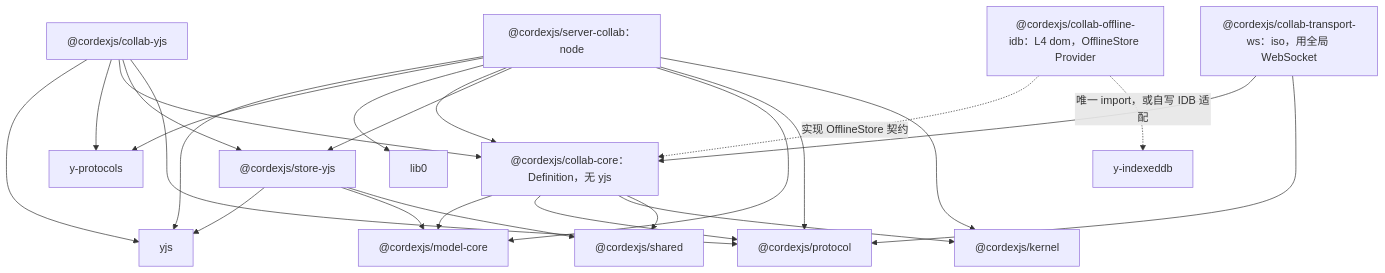
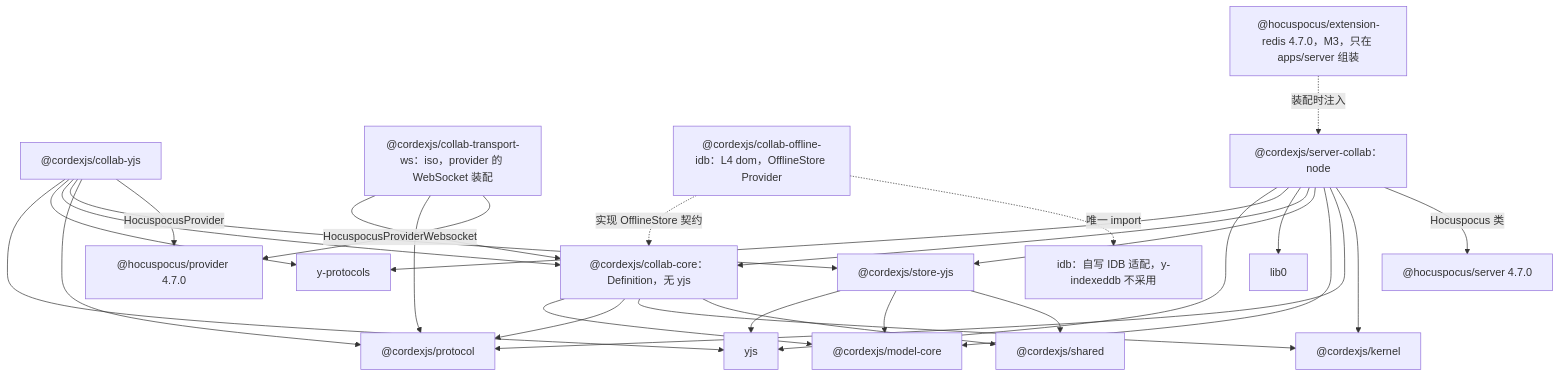
Before and after one commit to Xeonice/cordis-ppt-editor: the second of 15 diagrams in docs/30-architecture/06-collaboration.md, drawn with Mermaid. The commit also changed other lines of this file and 78 other files, not shown here.

````diff
--- a/docs/30-architecture/06-collaboration.md
+++ b/docs/30-architecture/06-collaboration.md
@@ -54,25 +54,32 @@
 ```mermaid
 flowchart TB
   storeYjs["@cordexjs/store-yjs"]
   collabCore["@cordexjs/collab-core：Definition，无 yjs"]
   collabYjs["@cordexjs/collab-yjs"]
-  transportWs["@cordexjs/collab-transport-ws：iso，用全局 WebSocket"]
+  transportWs["@cordexjs/collab-transport-ws：iso，provider 的 WebSocket 装配"]
   offlineIdb["@cordexjs/collab-offline-idb：L4 dom，OfflineStore Provider"]
   serverCollab["@cordexjs/server-collab：node"]
+  hpProvider["@hocuspocus/provider 4.7.0"]
+  hpServer["@hocuspocus/server 4.7.0"]
+  hpRedis["@hocuspocus/extension-redis 4.7.0，M3，只在 apps/server 组装"]
   protocol["@cordexjs/protocol"]
   modelCore["@cordexjs/model-core"]
   kernel["@cordexjs/kernel"]
   shared["@cordexjs/shared"]
   yjs["yjs"]
   yProtocols["y-protocols"]
   lib0["lib0"]
-  yIdb["y-indexeddb"]
+  yIdb["idb：自写 IDB 适配，y-indexeddb 不采用"]
   storeYjs --> yjs & modelCore & shared
   collabCore --> modelCore & protocol & kernel & shared
   collabYjs --> yjs & yProtocols & collabCore & storeYjs & protocol
+  collabYjs -- "HocuspocusProvider" --> hpProvider
   transportWs --> collabCore & protocol
+  transportWs -- "HocuspocusProviderWebsocket" --> hpProvider
   offlineIdb -. "实现 OfflineStore 契约" .-> collabCore
-  offlineIdb -. "唯一 import，或自写 IDB 适配" .-> yIdb
+  offlineIdb -. "唯一 import" .-> yIdb
   serverCollab --> yjs & yProtocols & lib0 & collabCore
   serverCollab --> storeYjs & modelCore & protocol & kernel
+  serverCollab -- "Hocuspocus 类" --> hpServer
+  hpRedis -. "装配时注入" .-> serverCollab
 ```
````
